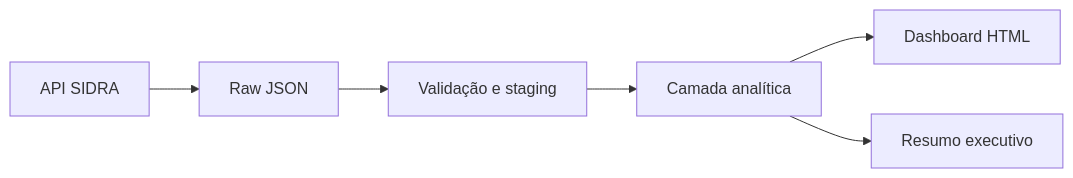
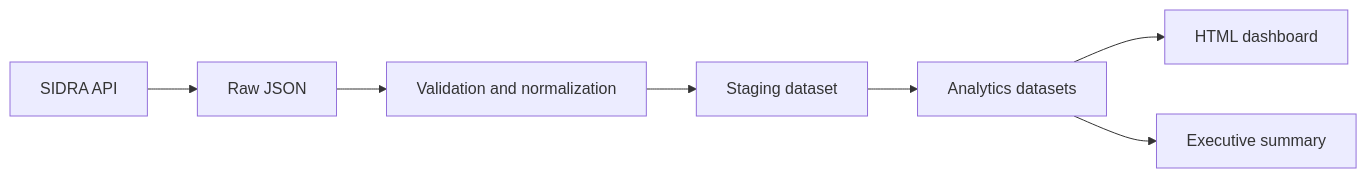
Before and after one commit to MauricioTaguchi/analise-renda-brasil: the diagram in README.md, drawn with Mermaid. The commit also changed other lines of this file and 28 other files, not shown here.

````diff
--- a/README.md
+++ b/README.md
@@ -18,8 +26,9 @@
 ```mermaid
 flowchart LR
-    A[API SIDRA] --> B[Raw JSON]
-    B --> C[Validação e staging]
-    C --> D[Camada analítica]
-    D --> E[Dashboard HTML]
-    D --> F[Resumo executivo]
+    A[SIDRA API] --> B[Raw JSON]
+    B --> C[Validation and normalization]
+    C --> D[Staging dataset]
+    D --> E[Analytics datasets]
+    E --> F[HTML dashboard]
+    E --> G[Executive summary]
 ```
````
